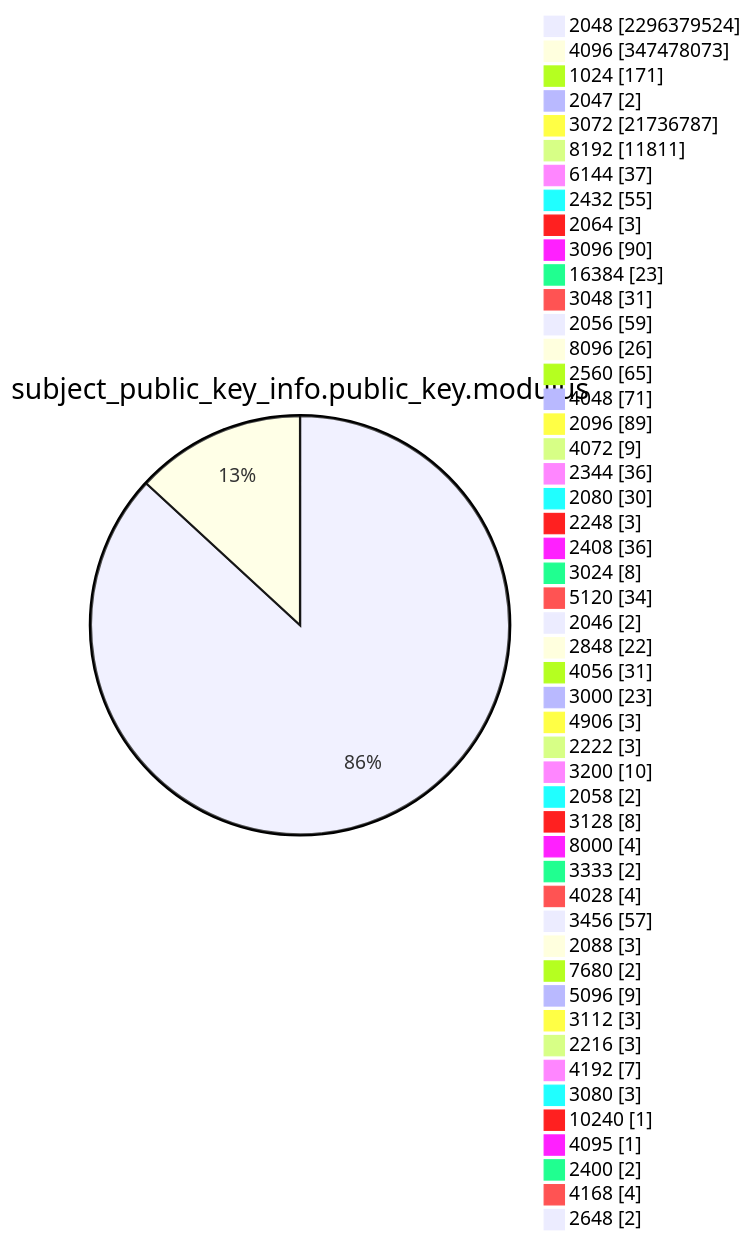
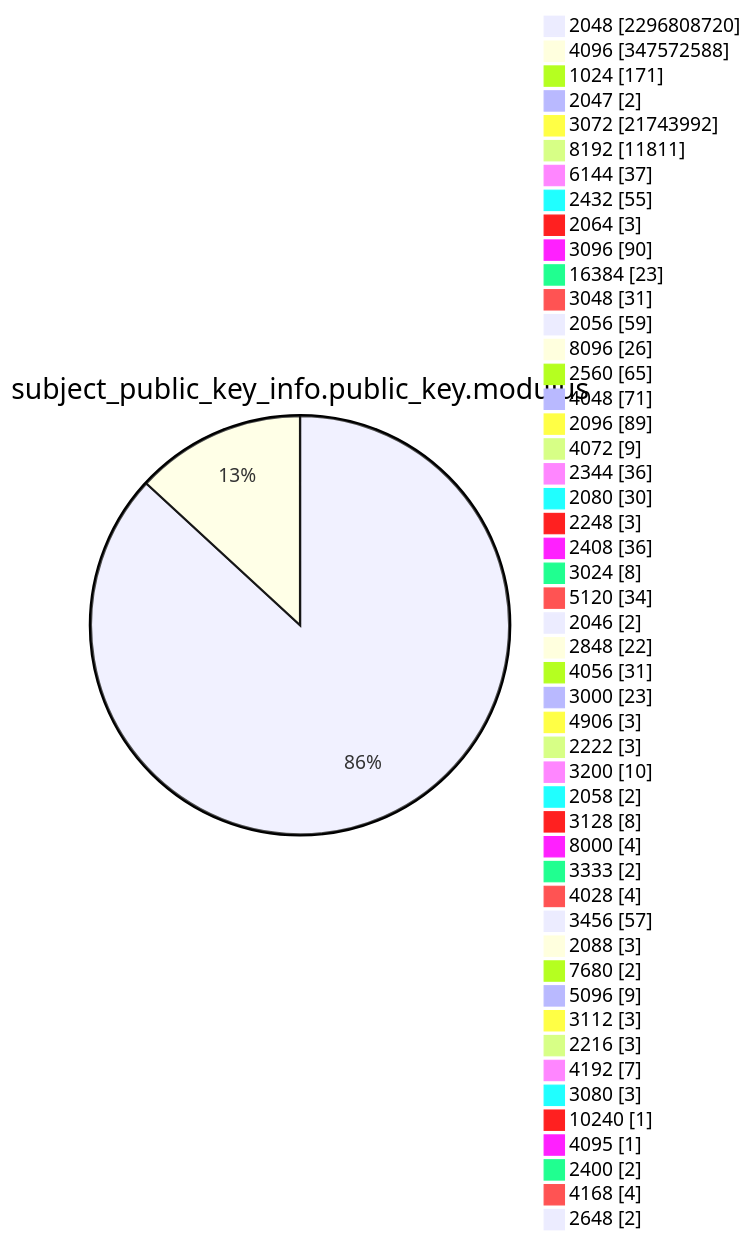
One commit to christiankrug/ctmonitor_visualization changed diagram 13 of 15 in TOTAL/README.md. Above: the diagram before and after it, drawn with Mermaid. The commit also changed other lines of this file, not shown here.

````diff
--- a/TOTAL/README.md
+++ b/TOTAL/README.md
@@ -4167,53 +4167,53 @@
 ```mermaid
 pie showData
 title subject_public_key_info.public_key.modulus
-"2048" :2296379524
-"4096" :347478073
+"2048" :2296808720
+"4096" :347572588
 "1024" :171
 "2047" :2
-"3072" :21736787
+"3072" :21743992
 "8192" :11811
 "6144" :37
 "2432" :55
 "2064" :3
 "3096" :90
 "16384" :23
 "3048" :31
 "2056" :59
 "8096" :26
 "2560" :65
 "4048" :71
 "2096" :89
 "4072" :9
 "2344" :36
 "2080" :30
 "2248" :3
 "2408" :36
 "3024" :8
 "5120" :34
 "2046" :2
 "2848" :22
 "4056" :31
 "3000" :23
 "4906" :3
 "2222" :3
 "3200" :10
 "2058" :2
 "3128" :8
 "8000" :4
 "3333" :2
 "4028" :4
 "3456" :57
 "2088" :3
 "7680" :2
 "5096" :9
 "3112" :3
 "2216" :3
 "4192" :7
 "3080" :3
 "10240" :1
 "4095" :1
 "2400" :2
 "4168" :4
 "2648" :2
 ```
````
